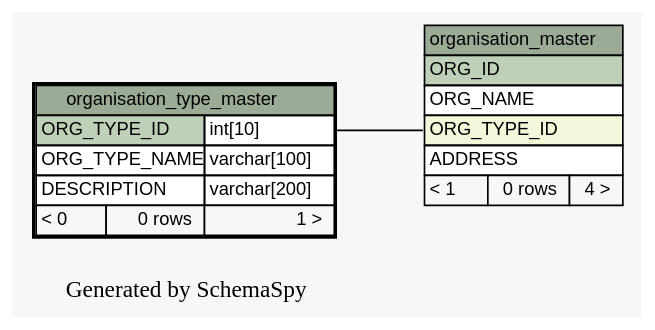
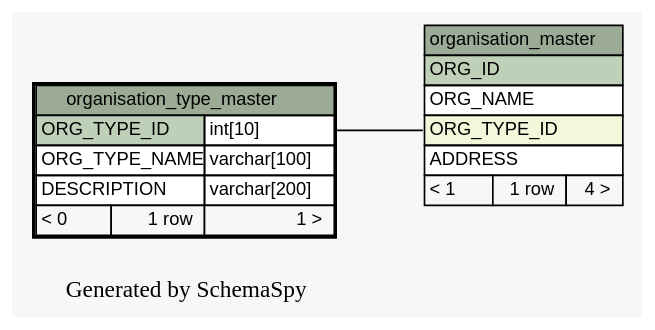
The diagram in docs/database/schemaspy/graphs/organisation_type_master.1degree.dot (engineerscraft/hrms), drawn with Graphviz before and after one commit. The commit also changed 174 other files, not shown here.

```diff
--- a/docs/database/schemaspy/graphs/organisation_type_master.1degree.dot
+++ b/docs/database/schemaspy/graphs/organisation_type_master.1degree.dot
@@ -1,43 +1,43 @@
 // dot 2.38.0 on Windows 7 6.1
 digraph "oneDegreeRelationshipsGraph" {
   graph [
     rankdir="RL"
     bgcolor="#f7f7f7"
     label="\nGenerated by SchemaSpy"
     labeljust="l"
   ];
   node [
     fontname="Helvetica"
     fontsize="11"
     shape="plaintext"
   ];
   edge [
     arrowsize="0.8"
   ];
   "organisation_master":"ORG_TYPE_ID":w -> "organisation_type_master":"ORG_TYPE_ID.type":e [arrowtail=crowodot arrowhead=none];
   "organisation_master" [
     label=<
     <TABLE BORDER="0" CELLBORDER="1" CELLSPACING="0" BGCOLOR="#ffffff">
       <TR><TD PORT="organisation_master.heading" COLSPAN="3" BGCOLOR="#9bab96" ALIGN="CENTER">organisation_master</TD></TR>
       <TR><TD PORT="ORG_ID" COLSPAN="3" BGCOLOR="#bed1b8" ALIGN="LEFT">ORG_ID</TD></TR>
       <TR><TD PORT="ORG_NAME" COLSPAN="3" ALIGN="LEFT">ORG_NAME</TD></TR>
       <TR><TD PORT="ORG_TYPE_ID" COLSPAN="3" BGCOLOR="#f4f7da" ALIGN="LEFT">ORG_TYPE_ID</TD></TR>
       <TR><TD PORT="ADDRESS" COLSPAN="3" ALIGN="LEFT">ADDRESS</TD></TR>
-      <TR><TD ALIGN="LEFT" BGCOLOR="#f7f7f7">&lt; 1</TD><TD ALIGN="RIGHT" BGCOLOR="#f7f7f7">0 rows</TD><TD ALIGN="RIGHT" BGCOLOR="#f7f7f7">4 &gt;</TD></TR>
+      <TR><TD ALIGN="LEFT" BGCOLOR="#f7f7f7">&lt; 1</TD><TD ALIGN="RIGHT" BGCOLOR="#f7f7f7">1 row</TD><TD ALIGN="RIGHT" BGCOLOR="#f7f7f7">4 &gt;</TD></TR>
     </TABLE>>
     URL="organisation_master.html#graph"
     tooltip="organisation_master"
   ];
   "organisation_type_master" [
     label=<
     <TABLE BORDER="2" CELLBORDER="1" CELLSPACING="0" BGCOLOR="#ffffff">
       <TR><TD PORT="organisation_type_master.heading" COLSPAN="3" BGCOLOR="#9bab96" ALIGN="CENTER">organisation_type_master</TD></TR>
       <TR><TD PORT="ORG_TYPE_ID" COLSPAN="2" BGCOLOR="#bed1b8" ALIGN="LEFT">ORG_TYPE_ID</TD><TD PORT="ORG_TYPE_ID.type" ALIGN="LEFT">int[10]</TD></TR>
       <TR><TD PORT="ORG_TYPE_NAME" COLSPAN="2" ALIGN="LEFT">ORG_TYPE_NAME</TD><TD PORT="ORG_TYPE_NAME.type" ALIGN="LEFT">varchar[100]</TD></TR>
       <TR><TD PORT="DESCRIPTION" COLSPAN="2" ALIGN="LEFT">DESCRIPTION</TD><TD PORT="DESCRIPTION.type" ALIGN="LEFT">varchar[200]</TD></TR>
-      <TR><TD ALIGN="LEFT" BGCOLOR="#f7f7f7">&lt; 0</TD><TD ALIGN="RIGHT" BGCOLOR="#f7f7f7">0 rows</TD><TD ALIGN="RIGHT" BGCOLOR="#f7f7f7">1 &gt;</TD></TR>
+      <TR><TD ALIGN="LEFT" BGCOLOR="#f7f7f7">&lt; 0</TD><TD ALIGN="RIGHT" BGCOLOR="#f7f7f7">1 row</TD><TD ALIGN="RIGHT" BGCOLOR="#f7f7f7">1 &gt;</TD></TR>
     </TABLE>>
     URL="organisation_type_master.html#"
     tooltip="organisation_type_master"
   ];
 }
```
